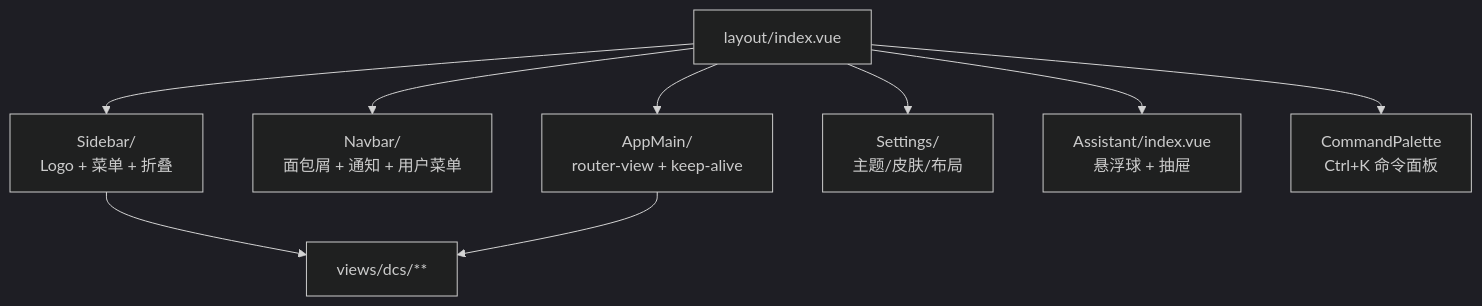
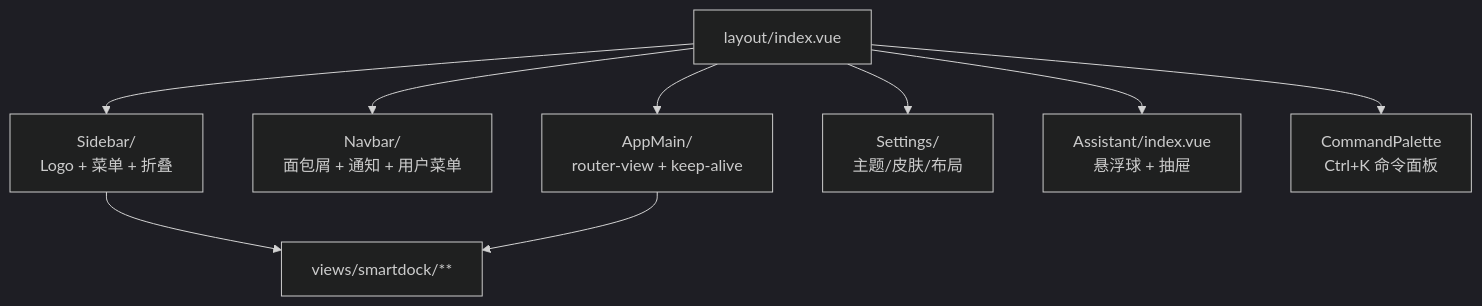
The ninth of 9 diagrams in docs/frontend-architecture.md (ck-ys/SmartDock), drawn with Mermaid (dark theme) before and after one commit. The commit also changed other lines of this file and 24 other files, not shown here.

````diff
--- a/docs/frontend-architecture.md
+++ b/docs/frontend-architecture.md
@@ -691,12 +691,12 @@
 ```mermaid
 flowchart TB
   L["layout/index.vue"]
   L --> SB["Sidebar/<br/>Logo + 菜单 + 折叠"]
   L --> NB["Navbar/<br/>面包屑 + 通知 + 用户菜单"]
   L --> AM["AppMain/<br/>router-view + keep-alive"]
   L --> ST["Settings/<br/>主题/皮肤/布局"]
   L --> DA["Assistant/index.vue<br/>悬浮球 + 抽屉"]
   L --> CP["CommandPalette<br/>Ctrl+K 命令面板"]
-  SB --> DCS["views/dcs/**"]
+  SB --> DCS["views/smartdock/**"]
   AM --> DCS
 ```
````
